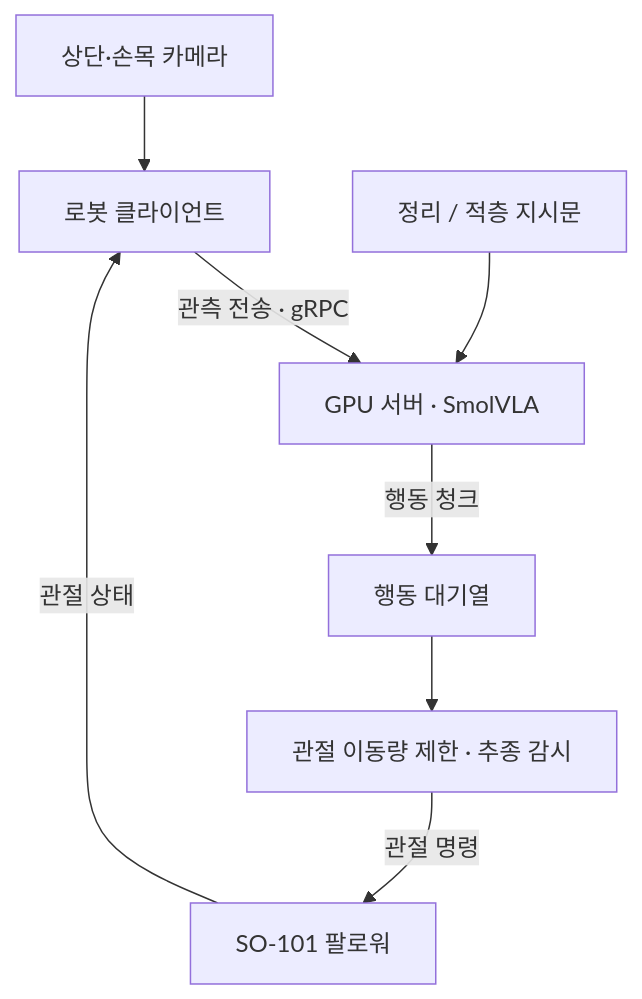
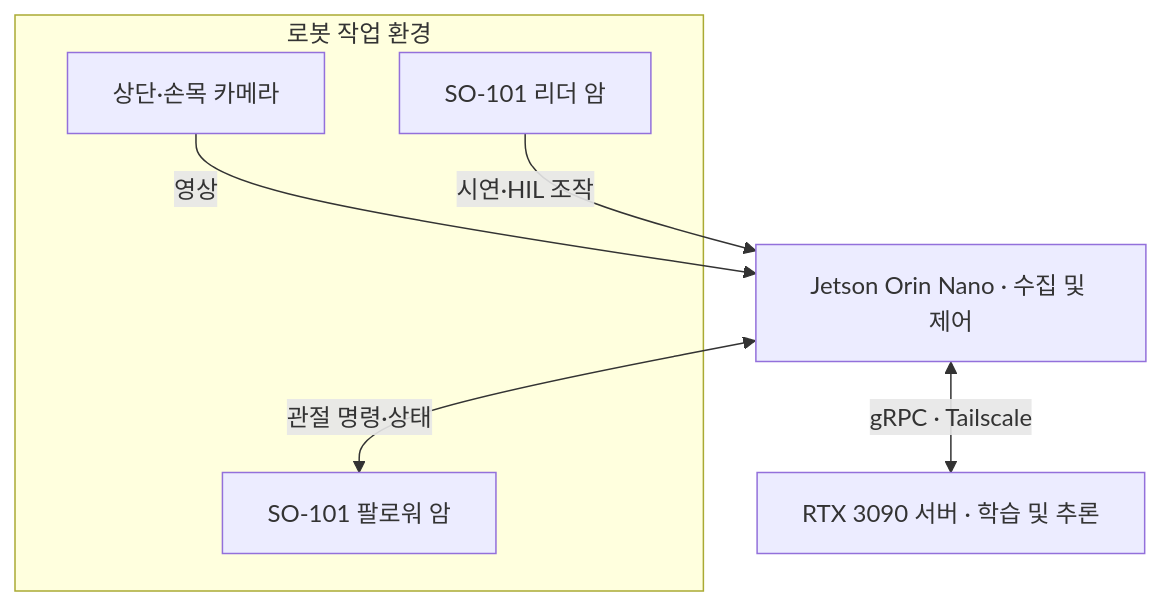
One commit to pnucse-capstone2026/capstone-2026-team-37 changed the first of 3 diagrams in README.md. Above: the diagram before and after it, drawn with Mermaid. The commit also changed other lines of this file, not shown here.

````diff
--- a/README.md
+++ b/README.md
@@ -67,10 +69,16 @@
 ```mermaid
-flowchart TD
-    C["상단·손목 카메라"] --> O["로봇 클라이언트"]
-    R["SO-101 팔로워"] -->|관절 상태| O
-    O -->|관측 전송 · gRPC| P["GPU 서버 · SmolVLA"]
-    T["정리 / 적층 지시문"] --> P
-    P -->|행동 청크| Q["행동 대기열"]
-    Q --> S["관절 이동량 제한 · 추종 감시"]
-    S -->|관절 명령| R
+flowchart TB
+    subgraph Site["로봇 작업 환경"]
+        Cameras["상단·손목 카메라"]
+        Leader["SO-101 리더 암"]
+        Follower["SO-101 팔로워 암"]
+    end
+
+    Jetson["Jetson Orin Nano · 수집 및 제어"]
+    GPU["RTX 3090 서버 · 학습 및 추론"]
+
+    Cameras -->|"영상"| Jetson
+    Leader -->|"시연·HIL 조작"| Jetson
+    Jetson <-->|"관절 명령·상태"| Follower
+    Jetson <-->|"gRPC · Tailscale"| GPU
 ```
````
